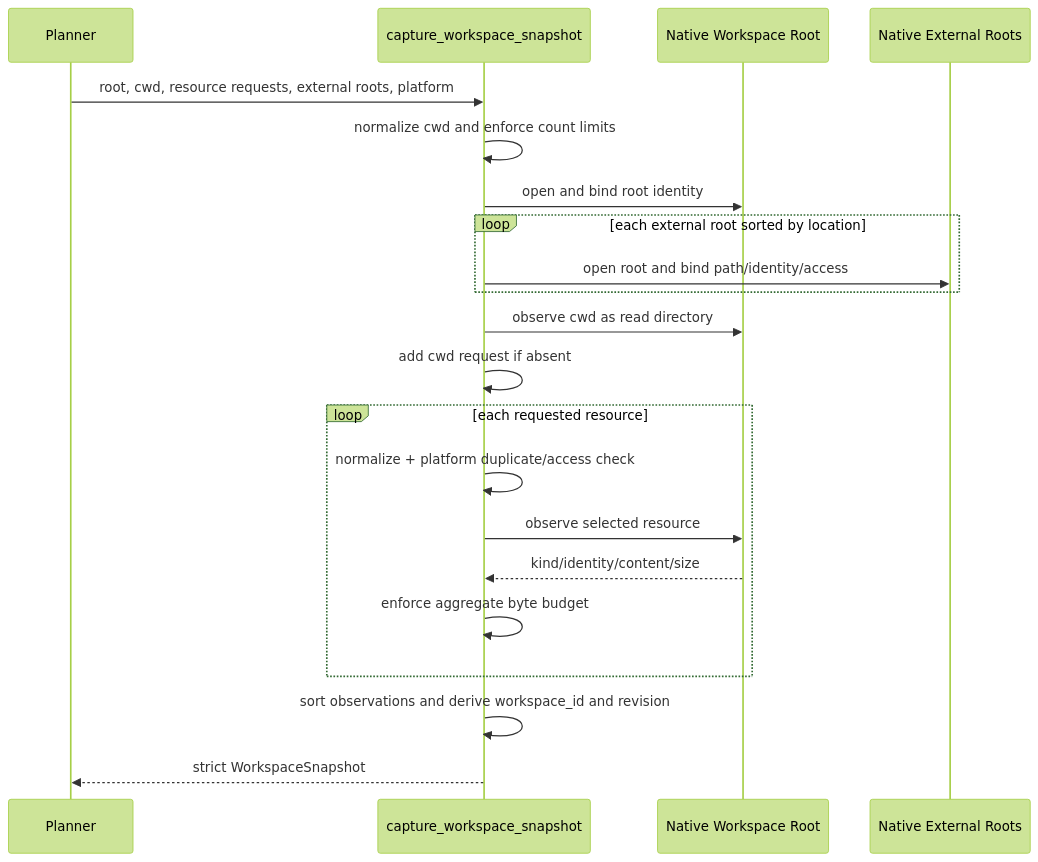
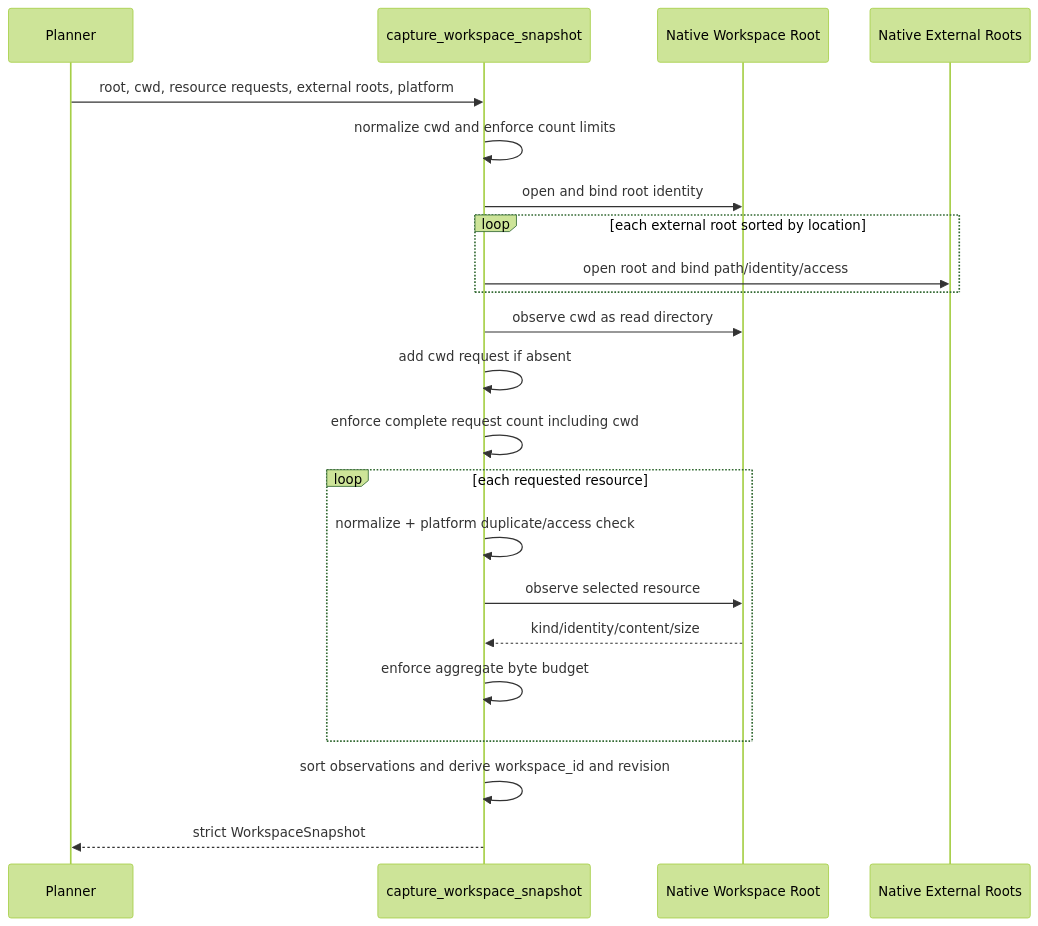
One commit to carrie1988/Harnessix changed the third of 12 diagrams in docs/modules/workspace.md. Above: the diagram before and after it, drawn with Mermaid (forest theme). The commit also changed other lines of this file and 7 other files, not shown here.

````diff
--- a/docs/modules/workspace.md
+++ b/docs/modules/workspace.md
@@ -383,23 +385,24 @@
 ```mermaid
 sequenceDiagram
     participant P as Planner
     participant C as capture_workspace_snapshot
     participant W as Native Workspace Root
     participant E as Native External Roots
     P->>C: root, cwd, resource requests, external roots, platform
     C->>C: normalize cwd and enforce count limits
     C->>W: open and bind root identity
     loop each external root sorted by location
         C->>E: open root and bind path/identity/access
     end
     C->>W: observe cwd as read directory
     C->>C: add cwd request if absent
+    C->>C: enforce complete request count including cwd
     loop each requested resource
         C->>C: normalize + platform duplicate/access check
         C->>W: observe selected resource
         W-->>C: kind/identity/content/size
         C->>C: enforce aggregate byte budget
     end
     C->>C: sort observations and derive workspace_id and revision
     C-->>P: strict WorkspaceSnapshot
 ```
````
